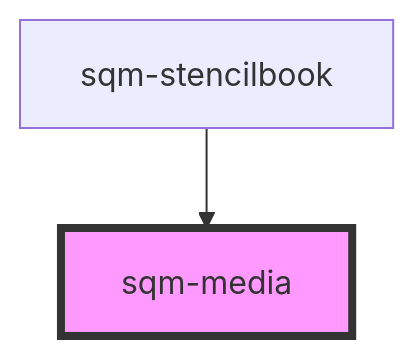
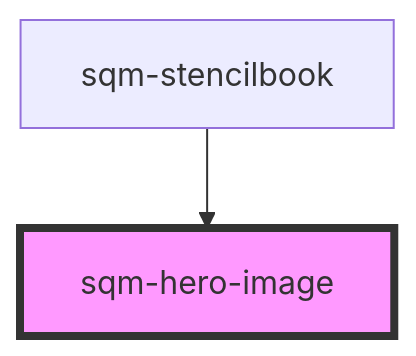
Before and after one commit to saasquatch/program-tools: the diagram in packages/mint-components/src/components/sqm-media/readme.md, drawn with Mermaid. The commit also changed other lines of this file and 5 other files, not shown here.

````diff
--- a/packages/mint-components/src/components/sqm-media/readme.md
+++ b/packages/mint-components/src/components/sqm-media/readme.md
@@ -35,5 +36,5 @@
 ```mermaid
 graph TD;
-  sqm-stencilbook --> sqm-media
-  style sqm-media fill:#f9f,stroke:#333,stroke-width:4px
+  sqm-stencilbook --> sqm-hero-image
+  style sqm-hero-image fill:#f9f,stroke:#333,stroke-width:4px
 ```
````
